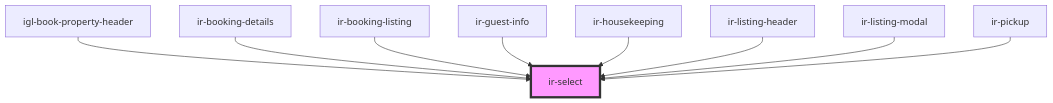
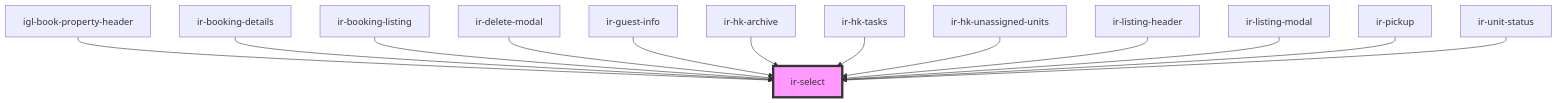
The diagram in src/components/ir-select/readme.md (RonyRizk/ir-webcmp), drawn with Mermaid before and after one commit. The commit also changed other lines of this file and 102 other files, not shown here.

````diff
--- a/src/components/ir-select/readme.md
+++ b/src/components/ir-select/readme.md
@@ -55,12 +59,16 @@
 ```mermaid
 graph TD;
   igl-book-property-header --> ir-select
   ir-booking-details --> ir-select
   ir-booking-listing --> ir-select
+  ir-delete-modal --> ir-select
   ir-guest-info --> ir-select
-  ir-housekeeping --> ir-select
+  ir-hk-archive --> ir-select
+  ir-hk-tasks --> ir-select
+  ir-hk-unassigned-units --> ir-select
   ir-listing-header --> ir-select
   ir-listing-modal --> ir-select
   ir-pickup --> ir-select
+  ir-unit-status --> ir-select
   style ir-select fill:#f9f,stroke:#333,stroke-width:4px
 ```
````
